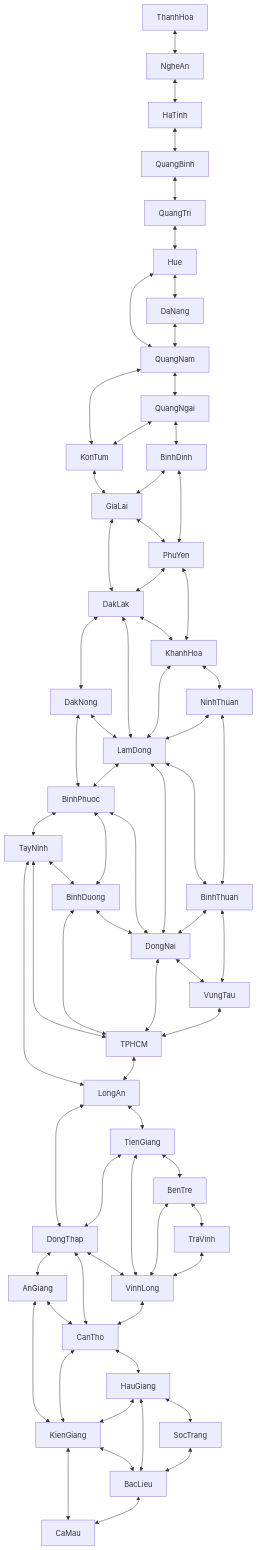
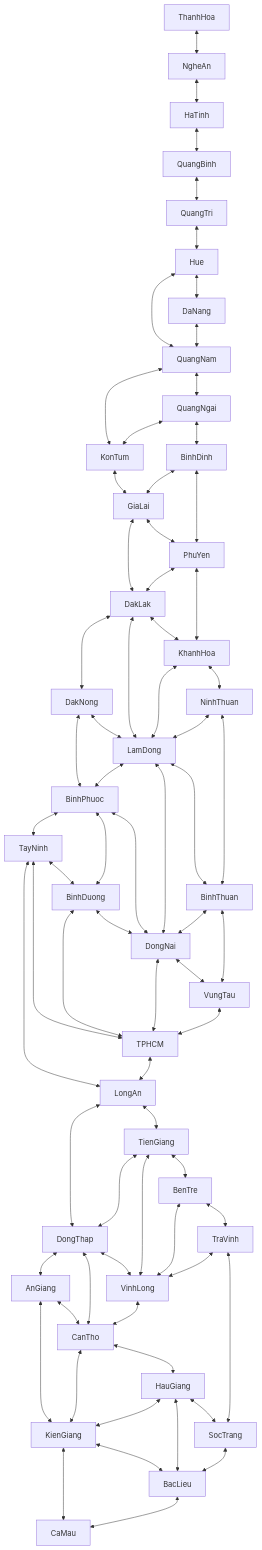
Before and after one commit to nguyenhun11/VietNamGraph: the diagram in README.md, drawn with Mermaid.

```diff
--- a/README.md
+++ b/README.md
@@ -68,6 +68,7 @@
 BenTre <--> VinhLong
 BenTre <--> TraVinh
 TraVinh <--> VinhLong
+TraVinh <--> SocTrang
 VinhLong <--> CanTho
 AnGiang <--> KienGiang
 AnGiang <--> CanTho
```
